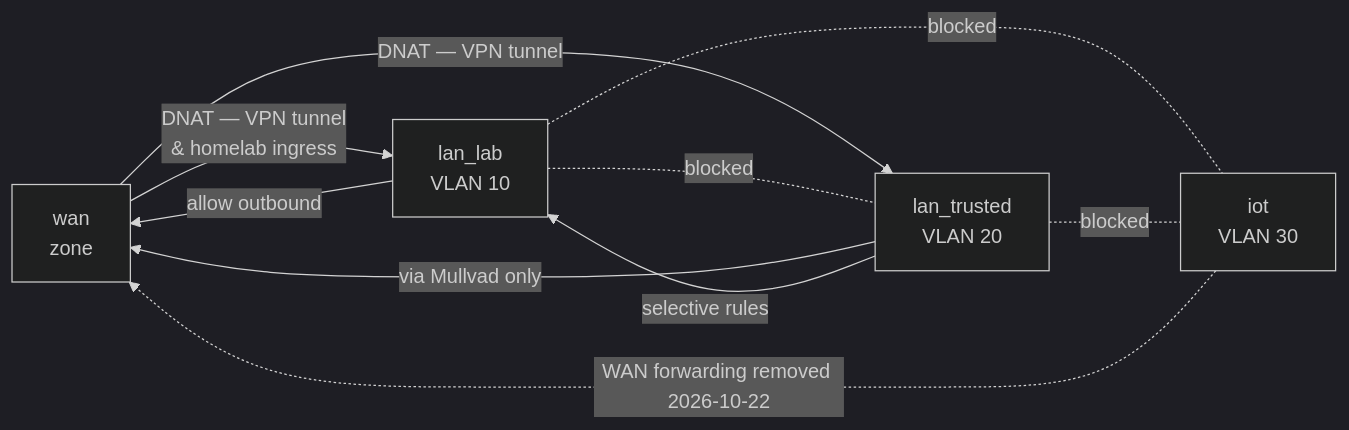
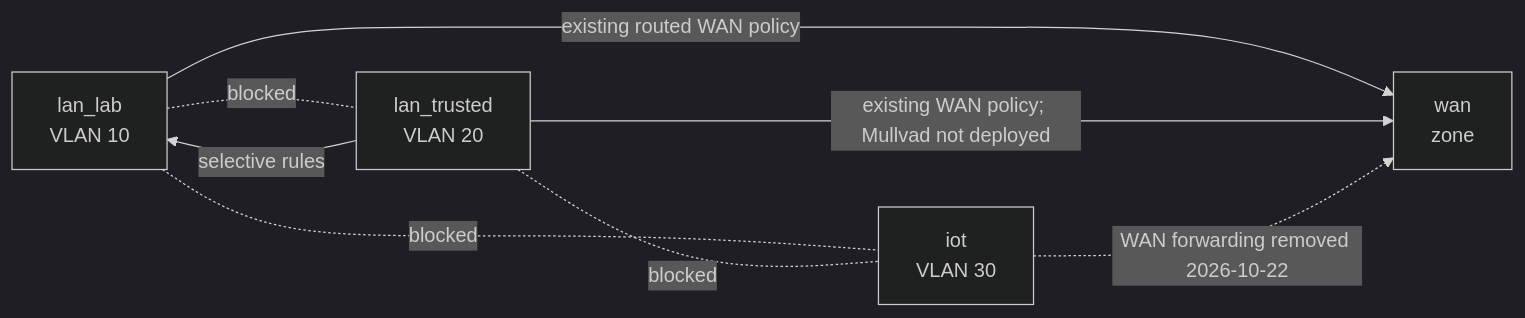
The diagram in docs/networking/firewall.md (sethbarrett50/home_lab_docs), drawn with Mermaid (dark theme) before and after one commit. The commit also changed other lines of this file and 6 other files, not shown here.

````diff
--- a/docs/networking/firewall.md
+++ b/docs/networking/firewall.md
@@ -7,18 +7,16 @@
 ```mermaid
 flowchart LR
     WAN[wan\nzone]
     LAB[lan_lab\nVLAN 10]
     TRUST[lan_trusted\nVLAN 20]
     IOT[iot\nVLAN 30]
 
-    WAN -->|"DNAT — VPN tunnel\n& homelab ingress"| LAB
-    WAN -->|"DNAT — VPN tunnel"| TRUST
-    LAB -->|"allow outbound"| WAN
-    TRUST -->|"via Mullvad only"| WAN
+    LAB -->|"existing routed WAN policy"| WAN
+    TRUST -->|"existing WAN policy; Mullvad not deployed"| WAN
     IOT -.->|"WAN forwarding removed 2026-10-22"| WAN
 
     LAB -. blocked .- TRUST
     LAB -. blocked .- IOT
     TRUST -. blocked .- IOT
     TRUST -->|"selective rules"| LAB
 ```
````
